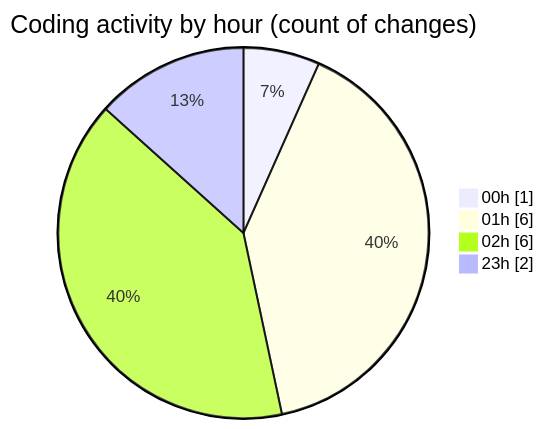
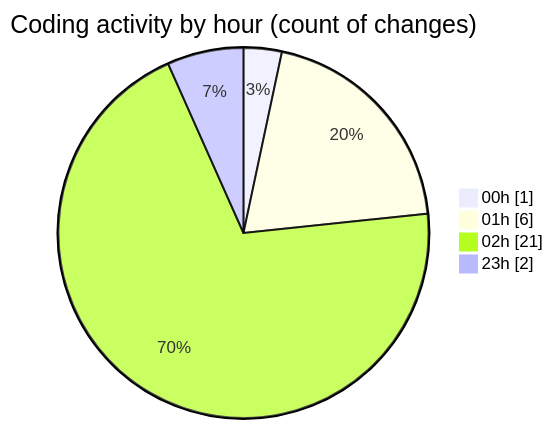
One commit to charlie-sans/code-tracking changed the second of 2 diagrams in 2025-02-19/masm/README.md. Above: the diagram before and after it, drawn with Mermaid. The commit also changed other lines of this file and 1 other file, not shown here.

````diff
--- a/2025-02-19/masm/README.md
+++ b/2025-02-19/masm/README.md
@@ -32,8 +34,8 @@
 ```mermaid
 pie showData
 title Coding activity by hour (count of changes)
 "00h" : 1
 "01h" : 6
-"02h" : 6
+"02h" : 21
 "23h" : 2
 ```
````
